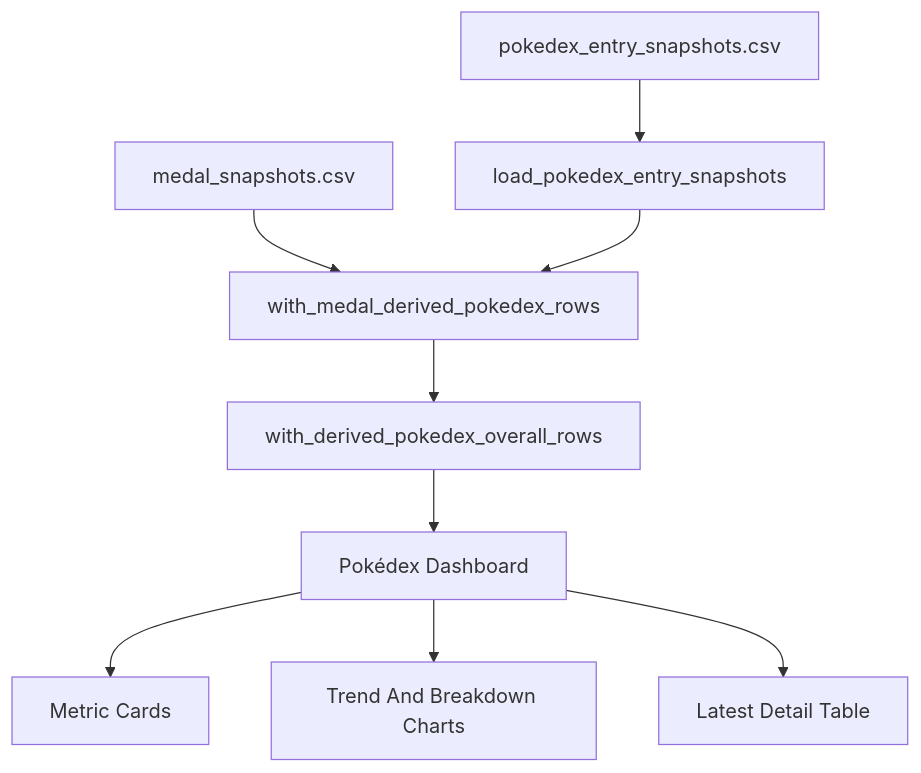
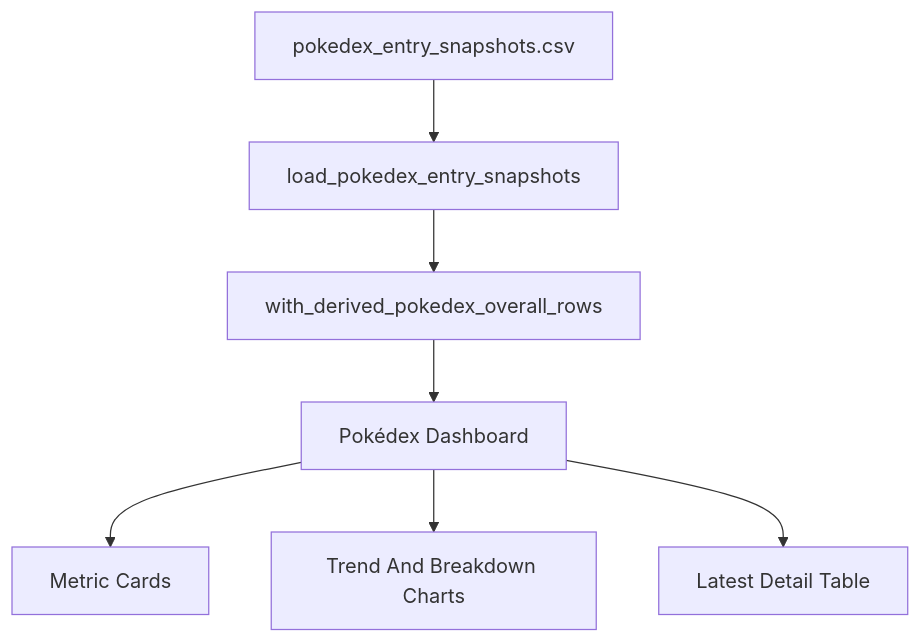
The diagram in .cursor/plans/pokedex_dashboard_5a357165.plan.md (Thombay/PoGo_XP), drawn with Mermaid before and after one commit. The commit also changed other lines of this file and 2 other files, not shown here.

````diff
--- a/.cursor/plans/pokedex_dashboard_5a357165.plan.md
+++ b/.cursor/plans/pokedex_dashboard_5a357165.plan.md
@@ -57,11 +56,9 @@
 ```mermaid
 flowchart TD
     snapshots["pokedex_entry_snapshots.csv"] --> loader["load_pokedex_entry_snapshots"]
-    medals["medal_snapshots.csv"] --> derivedPokemon["with_medal_derived_pokedex_rows"]
-    loader --> derivedPokemon
-    derivedPokemon --> derivedOverall["with_derived_pokedex_overall_rows"]
+    loader --> derivedOverall["with_derived_pokedex_overall_rows"]
     derivedOverall --> dashboard["Pokédex Dashboard"]
     dashboard --> metrics["Metric Cards"]
     dashboard --> charts["Trend And Breakdown Charts"]
     dashboard --> detailTable["Latest Detail Table"]
 ```
````
